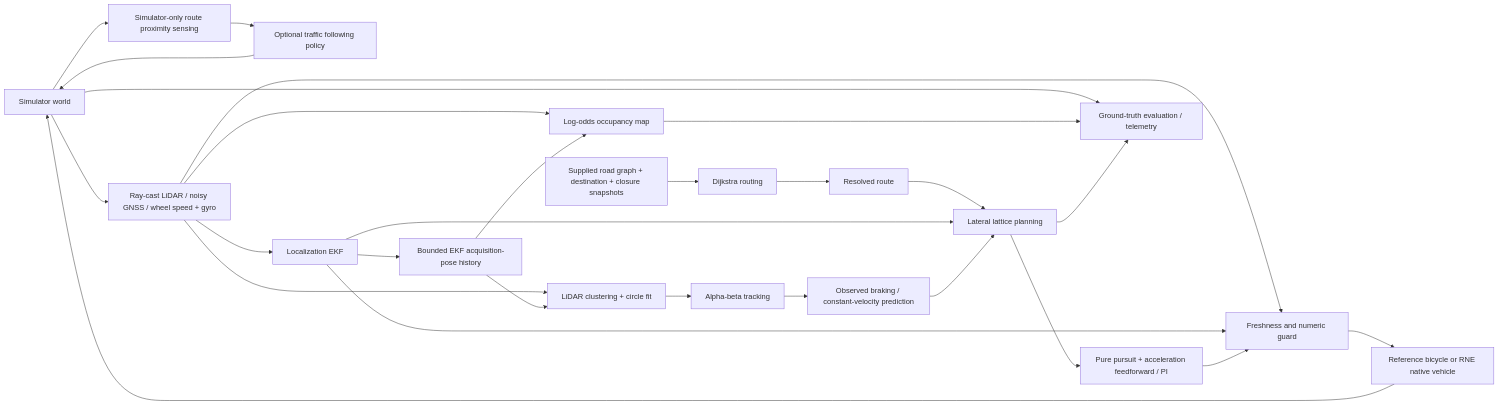
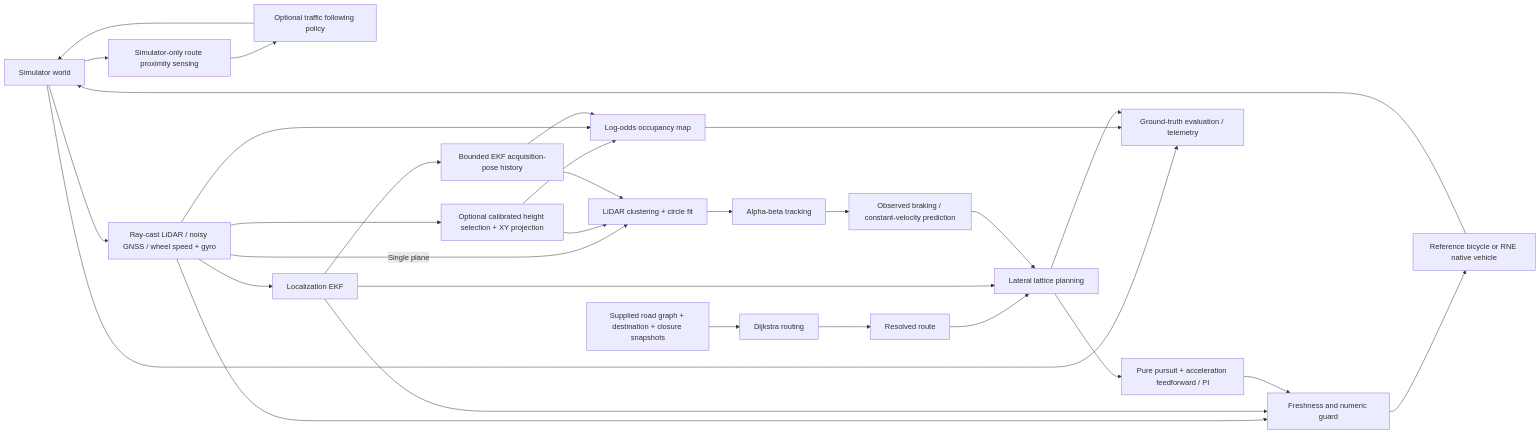
Before and after one commit to rsasaki0109/rust_drive: the diagram in docs/architecture.md, drawn with Mermaid. The commit also changed other lines of this file and 30 other files, not shown here.

Commit message:
feat(perception): fuse calibrated native LiDAR heights and stop low slabs

````diff
--- a/docs/architecture.md
+++ b/docs/architecture.md
@@ -9,29 +9,32 @@
 ```mermaid
 flowchart LR
   W[Simulator world] --> S[Ray-cast LiDAR / noisy GNSS / wheel speed + gyro]
   W --> AS[Simulator-only route proximity sensing]
   AS --> AC[Optional traffic following policy]
   AC --> W
   S --> L[Localization EKF]
-  S --> P[LiDAR clustering + circle fit]
+  S -->|Single plane| P[LiDAR clustering + circle fit]
+  S --> HP[Optional calibrated height selection + XY projection]
+  HP --> P
+  HP --> M
   L --> H[Bounded EKF acquisition-pose history]
   H --> P
   P --> T[Alpha-beta tracking]
   T --> F[Observed braking / constant-velocity prediction]
   S --> M[Log-odds occupancy map]
   H --> M
   N[Supplied road graph + destination + closure snapshots] --> D[Dijkstra routing]
   D --> R[Resolved route]
   R --> A[Lateral lattice planning]
   L --> A
   F --> A
   A --> C[Pure pursuit + acceleration feedforward / PI]
   S --> G[Freshness and numeric guard]
   L --> G
   C --> G
   G --> B[Reference bicycle or RNE native vehicle]
   B --> W
   W --> E[Ground-truth evaluation / telemetry]
   M --> E
   A --> E
 ```
````
